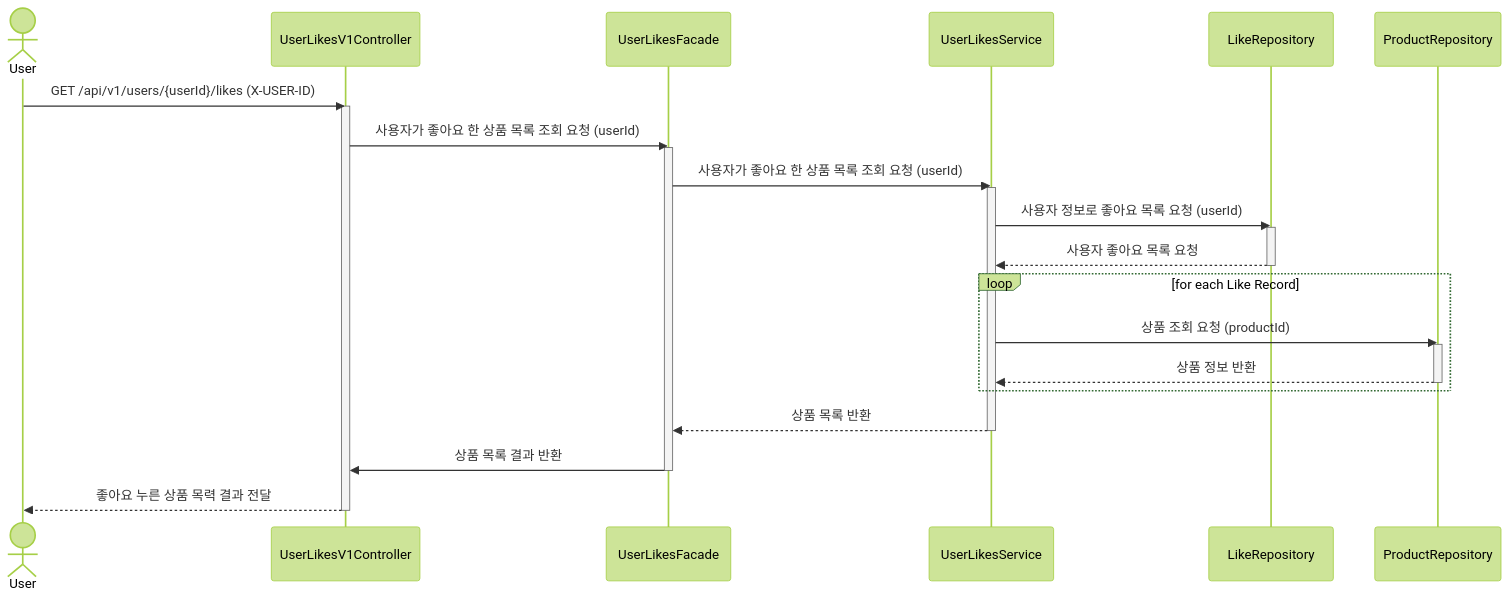
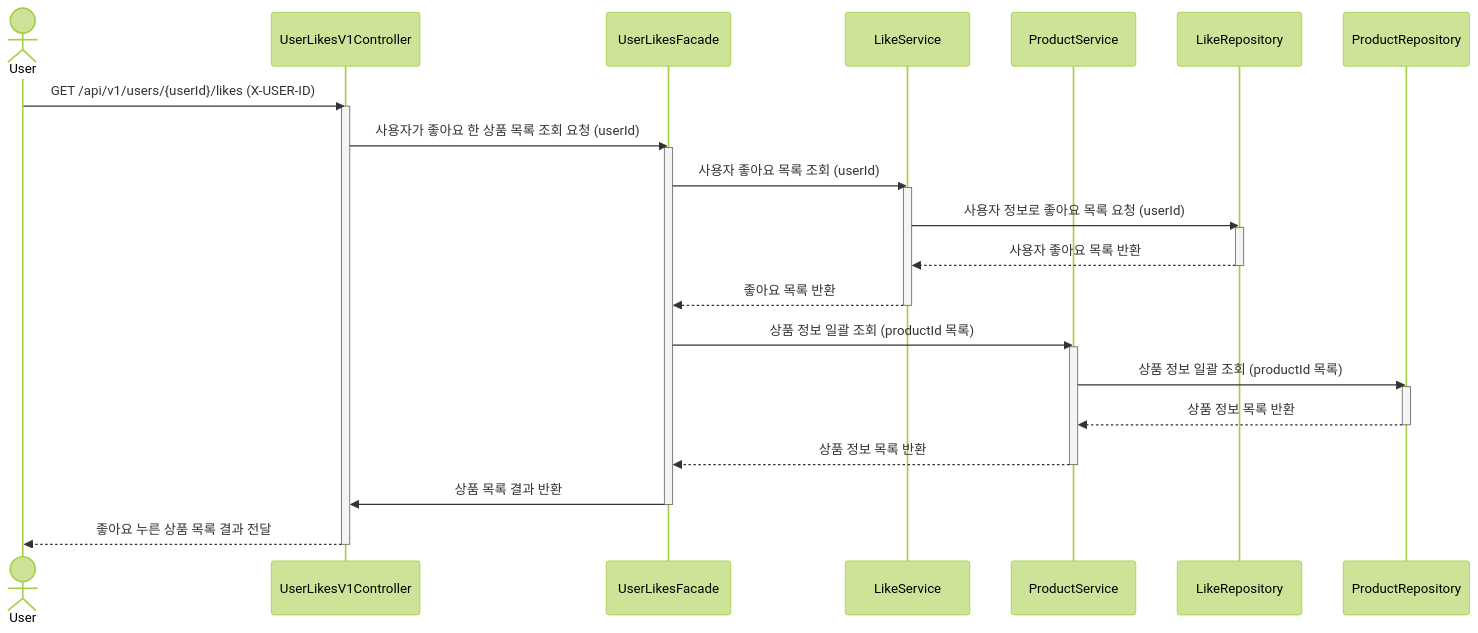
One commit to maiorem/e-commerce changed the second of 3 diagrams in docs/design/02-sequence-diagrams.md. Above: the diagram before and after it, drawn with Mermaid (forest theme). The commit also changed other lines of this file, not shown here.

````diff
--- a/docs/design/02-sequence-diagrams.md
+++ b/docs/design/02-sequence-diagrams.md
@@ -91,35 +88,35 @@
 ```mermaid
 sequenceDiagram
     actor  User
     participant UserLikesV1Controller
     participant UserLikesFacade
-    participant UserLikesService
+    participant LikeService
+    participant ProductService
     participant LikeRepository
     participant ProductRepository
 
     User->>UserLikesV1Controller: GET /api/v1/users/{userId}/likes (X-USER-ID)
     activate UserLikesV1Controller
     UserLikesV1Controller->>UserLikesFacade: 사용자가 좋아요 한 상품 목록 조회 요청 (userId)
     activate UserLikesFacade
-    UserLikesFacade->>UserLikesService: 사용자가 좋아요 한 상품 목록 조회 요청 (userId)
-    activate UserLikesService
-
-    UserLikesService->>LikeRepository: 사용자 정보로 좋아요 목록 요청 (userId)
+    UserLikesFacade->>LikeService: 사용자 좋아요 목록 조회 (userId)
+    activate LikeService
+    LikeService->>LikeRepository: 사용자 정보로 좋아요 목록 요청 (userId)
     activate LikeRepository
-    LikeRepository-->>UserLikesService: 사용자 좋아요 목록 요청
+    LikeRepository-->>LikeService: 사용자 좋아요 목록 반환
     deactivate LikeRepository
-
-    loop for each Like Record
-        UserLikesService->>ProductRepository: 상품 조회 요청 (productId)
-        activate ProductRepository
-        ProductRepository-->>UserLikesService: 상품 정보 반환
-        deactivate ProductRepository
-    end
-
-    UserLikesService-->>UserLikesFacade: 상품 목록 반환
-    deactivate UserLikesService
+    LikeService-->>UserLikesFacade: 좋아요 목록 반환
+    deactivate LikeService
+    UserLikesFacade->>ProductService: 상품 정보 일괄 조회 (productId 목록)
+    activate ProductService
+    ProductService->>ProductRepository: 상품 정보 일괄 조회 (productId 목록)
+    activate ProductRepository
+    ProductRepository-->>ProductService: 상품 정보 목록 반환
+    deactivate ProductRepository
+    ProductService-->>UserLikesFacade: 상품 정보 목록 반환
+    deactivate ProductService
     UserLikesFacade->>UserLikesV1Controller: 상품 목록 결과 반환
     deactivate UserLikesFacade
-    UserLikesV1Controller-->>User: 좋아요 누른 상품 목력 결과 전달
+    UserLikesV1Controller-->>User: 좋아요 누른 상품 목록 결과 전달
     deactivate UserLikesV1Controller
 ```
````
